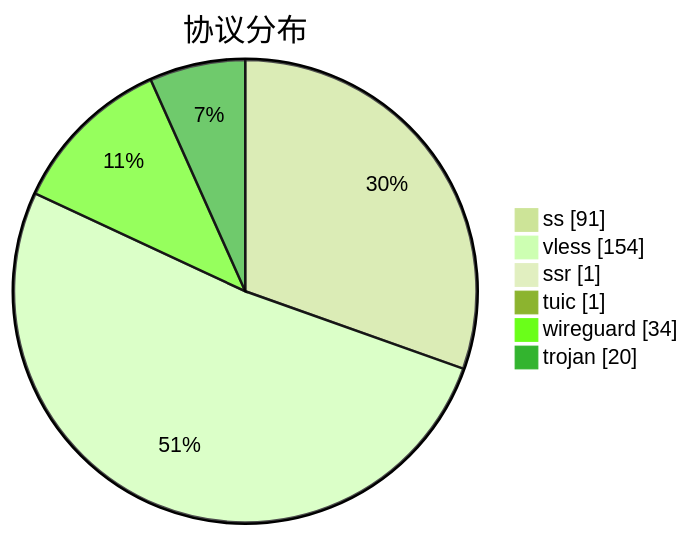
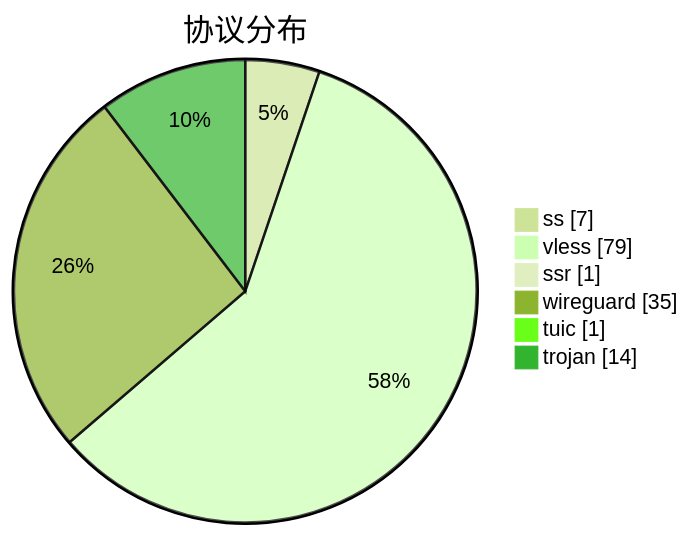
The third of 3 diagrams in subs/statistics/tested_within.md (qjlxg/airport), drawn with Mermaid (forest theme) before and after one commit. The commit also changed other lines of this file and 2 other files, not shown here.

````diff
--- a/subs/statistics/tested_within.md
+++ b/subs/statistics/tested_within.md
@@ -31,10 +24,10 @@
 ```mermaid
 pie showData
 title 协议分布
-"ss" : 91
-"vless" : 154
+"ss" : 7
+"vless" : 79
 "ssr" : 1
+"wireguard" : 35
 "tuic" : 1
-"wireguard" : 34
-"trojan" : 20
+"trojan" : 14
 ```
````
